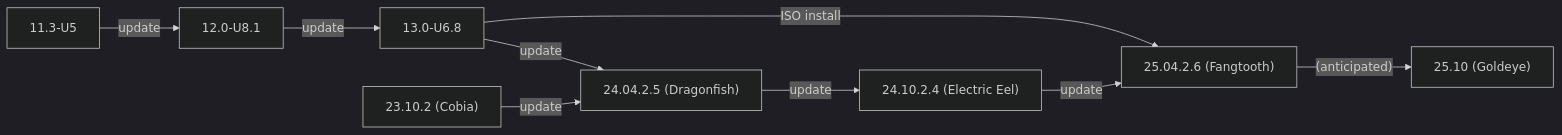
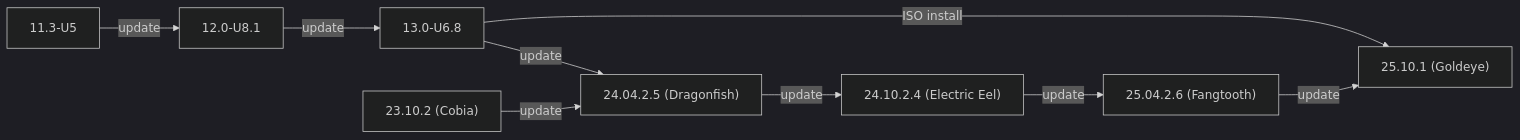
Before and after one commit to truenas/documentation: the second of 2 diagrams in static/includes/SCALEUpgradePaths.md, drawn with Mermaid (dark theme).

Commit message:
Update SCALE upgrade path diagram for Goldeye release
Adjusted the flowchart to reflect the correct upgrade path to 25.10.1 (Goldeye) and clarified the update steps between releases.

```diff
--- a/static/includes/SCALEUpgradePaths.md
+++ b/static/includes/SCALEUpgradePaths.md
@@ -52,12 +52,12 @@
             {{< mermaid class="mermaid_sizing" >}}
             flowchart LR
               A["11.3-U5"] -->|update| B
               B["12.0-U8.1"] -->|update| C
-              C["13.0-U6.8"] -->|ISO install| G
+              C["13.0-U6.8"] -->|ISO install| H
               C -->|update| E
               D["23.10.2 (Cobia)"] -->|update| E
               E["24.04.2.5 (Dragonfish)"]  -->|update| F
               F["24.10.2.4 (Electric Eel)"] -->|update| G
-              G["25.04.2.6 (Fangtooth)"] -->|"(anticipated)"| H
-            H["25.10 (Goldeye)"]
+              G["25.04.2.6 (Fangtooth)"] -->|update| H
+            H["25.10.1 (Goldeye)"]
             {{< /mermaid >}}
```
